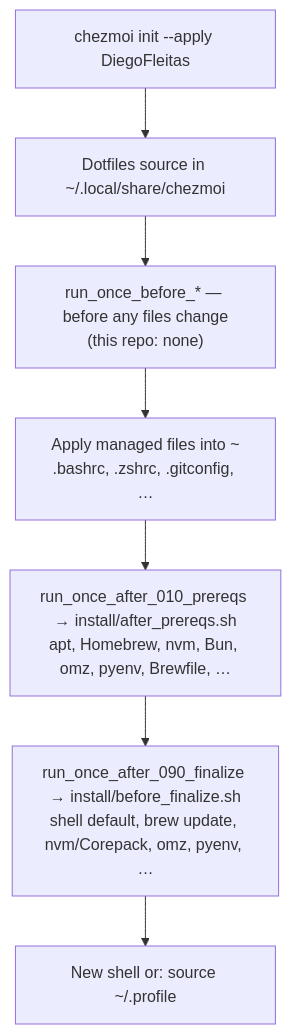
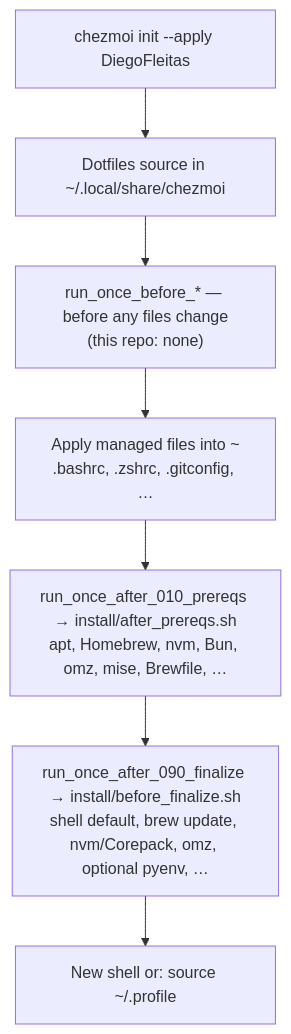
The first of 2 diagrams in README.md (DiegoFleitas/dotfiles), drawn with Mermaid before and after one commit. The commit also changed other lines of this file and 15 other files, not shown here.

````diff
--- a/README.md
+++ b/README.md
@@ -51,9 +51,9 @@
 ```mermaid
 flowchart TD
   A["chezmoi init --apply DiegoFleitas"] --> B["Dotfiles source in ~/.local/share/chezmoi"]
   B --> C["run_once_before_* — before any files change\n(this repo: none)"]
   C --> D["Apply managed files into ~\n.bashrc, .zshrc, .gitconfig, …"]
-  D --> E["run_once_after_010_prereqs → install/after_prereqs.sh\napt, Homebrew, nvm, Bun, omz, pyenv, Brewfile, …"]
-  E --> F["run_once_after_090_finalize → install/before_finalize.sh\nshell default, brew update, nvm/Corepack, omz, pyenv, …"]
+  D --> E["run_once_after_010_prereqs → install/after_prereqs.sh\napt, Homebrew, nvm, Bun, omz, mise, Brewfile, …"]
+  E --> F["run_once_after_090_finalize → install/before_finalize.sh\nshell default, brew update, nvm/Corepack, omz, optional pyenv, …"]
   F --> G["New shell or: source ~/.profile"]
 ```
````
